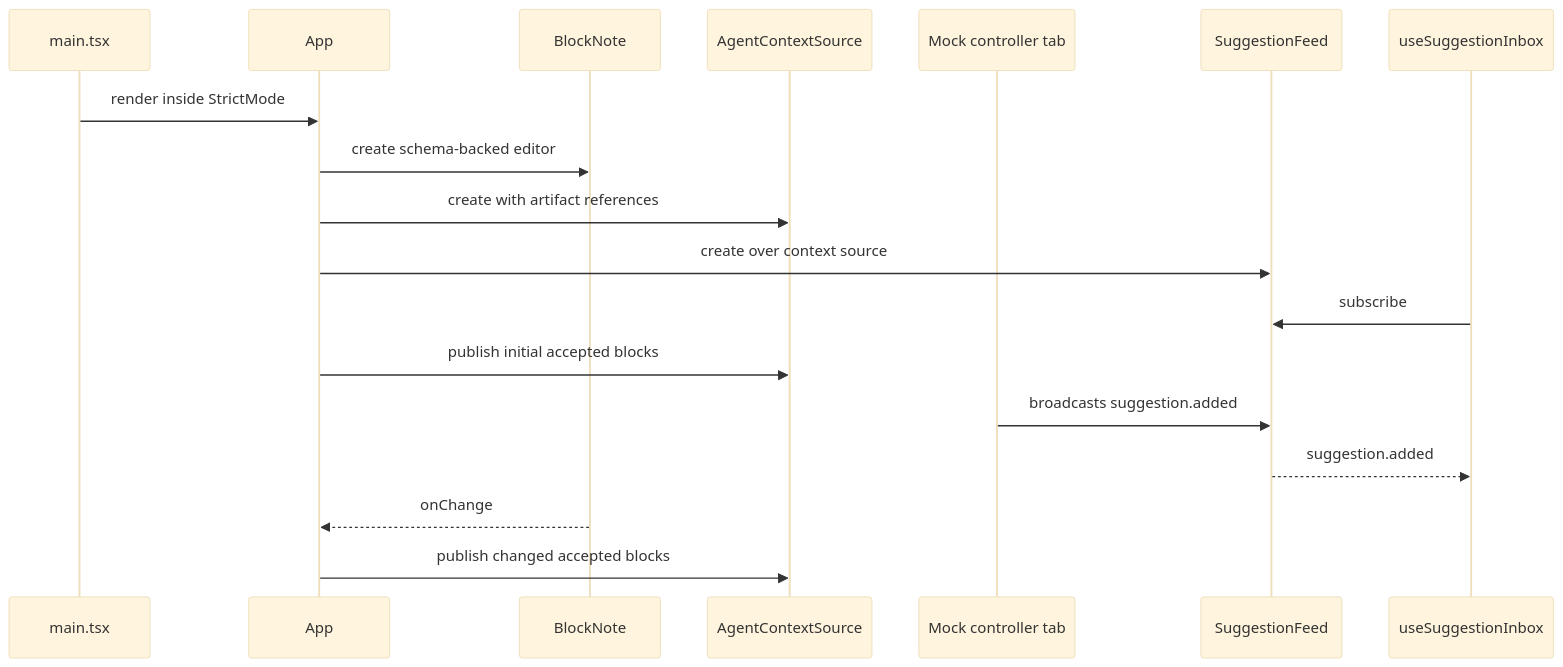
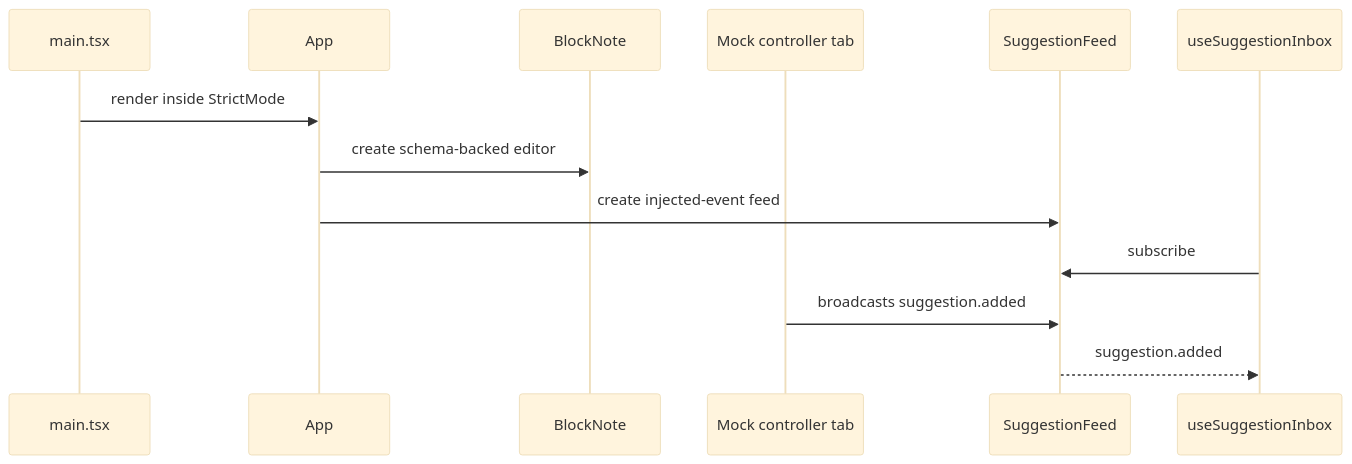
One commit to bitshielddev/writing-app changed the second of 2 diagrams in docs/architecture.md. Above: the diagram before and after it, drawn with Mermaid (base theme). The commit also changed other lines of this file and 28 other files, not shown here.

````diff
--- a/docs/architecture.md
+++ b/docs/architecture.md
@@ -102,21 +99,16 @@
 ```mermaid
 sequenceDiagram
     participant Main as main.tsx
     participant App
     participant Editor as BlockNote
-    participant Context as AgentContextSource
     participant Controller as Mock controller tab
     participant Feed as SuggestionFeed
     participant Inbox as useSuggestionInbox
 
     Main->>App: render inside StrictMode
     App->>Editor: create schema-backed editor
-    App->>Context: create with artifact references
-    App->>Feed: create over context source
+    App->>Feed: create injected-event feed
     Inbox->>Feed: subscribe
-    App->>Context: publish initial accepted blocks
     Controller->>Feed: broadcasts suggestion.added
     Feed-->>Inbox: suggestion.added
-    Editor-->>App: onChange
-    App->>Context: publish changed accepted blocks
 ```
````
